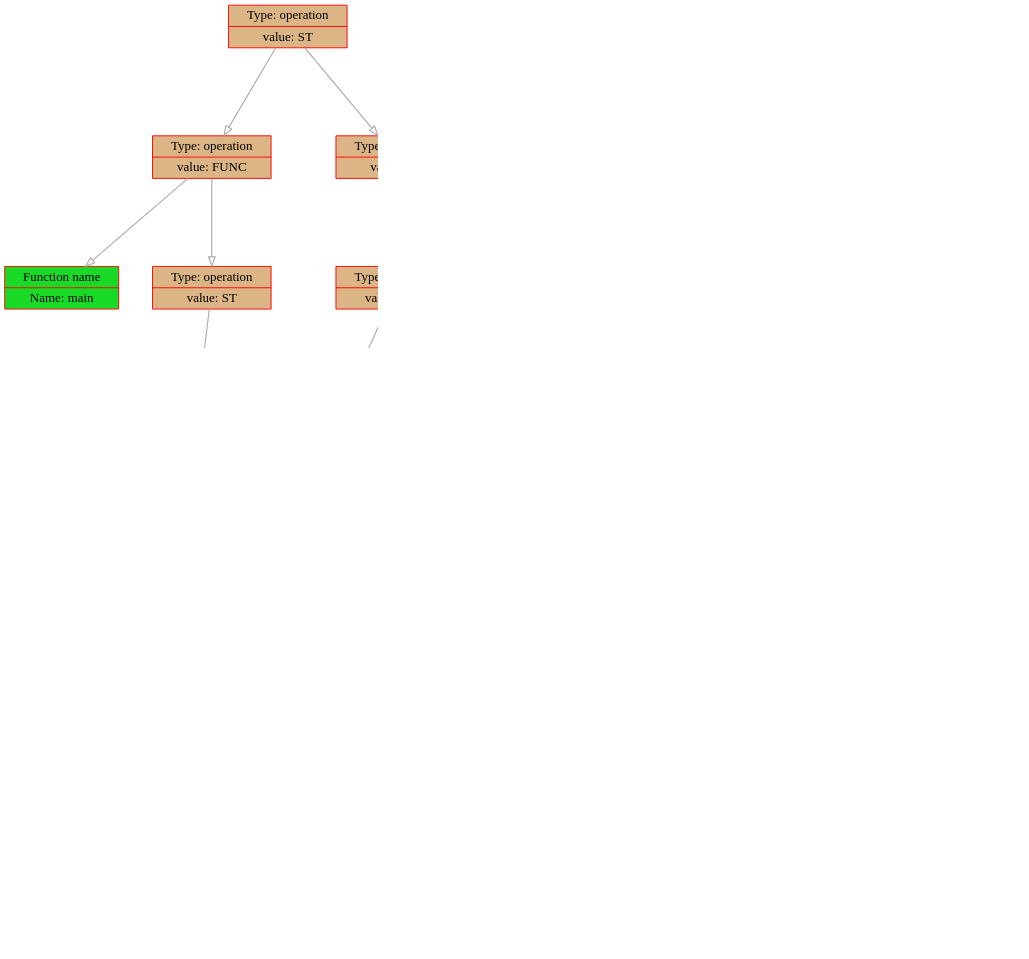
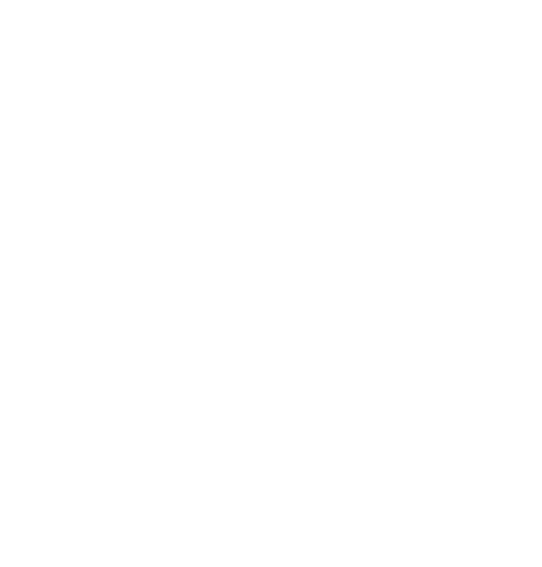
One commit to dodokek/ProgrammingLanguage changed the diagram in backend/data/graph.dot. Above: the diagram before and after it, drawn with Graphviz. The commit also changed 9 other files, not shown here.

```diff
--- a/backend/data/graph.dot
+++ b/backend/data/graph.dot
@@ -1,79 +1,40 @@
 
     digraph g {
         dpi      = 200;
         fontname = "Comic Sans MS";
         fontsize = 20;
         rankdir   =  TB;
         edge [color = darkgrey, arrowhead = onormal, arrowsize = 1, penwidth = 1.2]
         graph[fillcolor = lightgreen, ranksep = 1.3, nodesep = 0.5,
         style = "rounded, filled",color = green, penwidth = 2]
 
-    Node000001c444516870[shape=record, width=0.2, style="filled", color="red", fillcolor="#DBB585",label=" {Type: operation | value: ST}"] 
+    Node000002926d2b19f0[shape=record, width=0.2, style="filled", color="red", fillcolor="#DBB585",label=" {Type: operation | value: ST}"] 
  
-Node000001c444511ce0[shape=record, width=0.2, style="filled", color="red", fillcolor="#DBB585",label=" {Type: operation | value: FUNC}"] 
+Node000002926d2b19c0[shape=record, width=0.2, style="filled", color="red", fillcolor="#DBB585",label=" {Type: operation | value: IF}"] 
  
-Node000001c444511c50[shape=record, width=0.2, style="filled", color="red", fillcolor="#19DB27",label=" {Function name |Name: main}"] 
+Node000002926d2b18a0[shape=record, width=0.2, style="filled", color="red", fillcolor="#DBB585",label=" {Type: operation | value: IS_EE}"] 
  
-Node000001c444511cb0[shape=record, width=0.2, style="filled", color="red", fillcolor="#DBB585",label=" {Type: operation | value: ST}"] 
+Node000002926d2b1840[shape=record, width=0.2, style="filled", color="red", fillcolor="#DB8E21",label=" {Type: number | value: 2}"] 
  
-Node000001c444511c80[shape=record, width=0.2, style="filled", color="red", fillcolor="#DB8E21",label=" {Type: number | value: 2}"] 
+Node000002926d2b1870[shape=record, width=0.2, style="filled", color="red", fillcolor="#DB8E21",label=" {Type: number | value: 2}"] 
  
-Node000001c4445167e0[shape=record, width=0.2, style="filled", color="red", fillcolor="#DBB585",label=" {Type: operation | value: ST}"] 
+Node000002926d2b1990[shape=record, width=0.2, style="filled", color="red", fillcolor="#DBB585",label=" {Type: operation | value: ELSE}"] 
  
-Node000001c444511d70[shape=record, width=0.2, style="filled", color="red", fillcolor="#DBB585",label=" {Type: operation | value: VAR}"] 
+Node000002926d2b1900[shape=record, width=0.2, style="filled", color="red", fillcolor="#DBB585",label=" {Type: operation | value: ST}"] 
  
-Node000001c444511d10[shape=record, width=0.2, style="filled", color="red", fillcolor="#19DB27",label=" {Type: variable | value: Y}"] 
+Node000002926d2b18d0[shape=record, width=0.2, style="filled", color="red", fillcolor="#DB8E21",label=" {Type: number | value: 2}"] 
  
-Node000001c444511d40[shape=record, width=0.2, style="filled", color="red", fillcolor="#DB8E21",label=" {Type: number | value: 20}"] 
+Node000002926d2b1960[shape=record, width=0.2, style="filled", color="red", fillcolor="#DBB585",label=" {Type: operation | value: ST}"] 
  
-Node000001c444516a80[shape=record, width=0.2, style="filled", color="red", fillcolor="#DBB585",label=" {Type: operation | value: ST}"] 
+Node000002926d2b1930[shape=record, width=0.2, style="filled", color="red", fillcolor="#DB8E21",label=" {Type: number | value: 3}"] 
  
-Node000001c4445167b0[shape=record, width=0.2, style="filled", color="red", fillcolor="#DBB585",label=" {Type: operation | value: IF}"] 
- 
-Node000001c4445165e0[shape=record, width=0.2, style="filled", color="red", fillcolor="#DBB585",label=" {Type: operation | value: ADD}"] 
- 
-Node000001c444516580[shape=record, width=0.2, style="filled", color="red", fillcolor="#DB8E21",label=" {Type: number | value: 2}"] 
- 
-Node000001c4445165b0[shape=record, width=0.2, style="filled", color="red", fillcolor="#DB8E21",label=" {Type: number | value: 2}"] 
- 
-Node000001c444516750[shape=record, width=0.2, style="filled", color="red", fillcolor="#DBB585",label=" {Type: operation | value: ELSE}"] 
- 
-Node000001c4445166a0[shape=record, width=0.2, style="filled", color="red", fillcolor="#DBB585",label=" {Type: operation | value: ST}"] 
- 
-Node000001c444516670[shape=record, width=0.2, style="filled", color="red", fillcolor="#DBB585",label=" {Type: operation | value: VAR}"] 
- 
-Node000001c444516610[shape=record, width=0.2, style="filled", color="red", fillcolor="#19DB27",label=" {Type: variable | value: Y}"] 
- 
-Node000001c444516640[shape=record, width=0.2, style="filled", color="red", fillcolor="#DB8E21",label=" {Type: number | value: 2}"] 
- 
-Node000001c4445168d0[shape=record, width=0.2, style="filled", color="red", fillcolor="#DBB585",label=" {Type: operation | value: ST}"] 
- 
-Node000001c444516810[shape=record, width=0.2, style="filled", color="red", fillcolor="#DBB585",label=" {Type: operation | value: VAR}"] 
- 
-Node000001c4445169c0[shape=record, width=0.2, style="filled", color="red", fillcolor="#19DB27",label=" {Type: variable | value: Y}"] 
- 
-Node000001c4445169f0[shape=record, width=0.2, style="filled", color="red", fillcolor="#DB8E21",label=" {Type: number | value: 2}"] 
- 
-Node000001c444516870->Node000001c444511ce0
-Node000001c444511ce0->Node000001c444511c50
-Node000001c444511ce0->Node000001c444511cb0
-Node000001c444511cb0->Node000001c444511c80
-Node000001c444516870->Node000001c4445167e0
-Node000001c4445167e0->Node000001c444511d70
-Node000001c444511d70->Node000001c444511d10
-Node000001c444511d70->Node000001c444511d40
-Node000001c4445167e0->Node000001c444516a80
-Node000001c444516a80->Node000001c4445167b0
-Node000001c4445167b0->Node000001c4445165e0
-Node000001c4445165e0->Node000001c444516580
-Node000001c4445165e0->Node000001c4445165b0
-Node000001c4445167b0->Node000001c444516750
-Node000001c444516750->Node000001c4445166a0
-Node000001c4445166a0->Node000001c444516670
-Node000001c444516670->Node000001c444516610
-Node000001c444516670->Node000001c444516640
-Node000001c444516750->Node000001c4445168d0
-Node000001c4445168d0->Node000001c444516810
-Node000001c444516810->Node000001c4445169c0
-Node000001c444516810->Node000001c4445169f0
+Node000002926d2b19f0->Node000002926d2b19c0
+Node000002926d2b19c0->Node000002926d2b18a0
+Node000002926d2b18a0->Node000002926d2b1840
+Node000002926d2b18a0->Node000002926d2b1870
+Node000002926d2b19c0->Node000002926d2b1990
+Node000002926d2b1990->Node000002926d2b1900
+Node000002926d2b1900->Node000002926d2b18d0
+Node000002926d2b1990->Node000002926d2b1960
+Node000002926d2b1960->Node000002926d2b1930
 }
```
